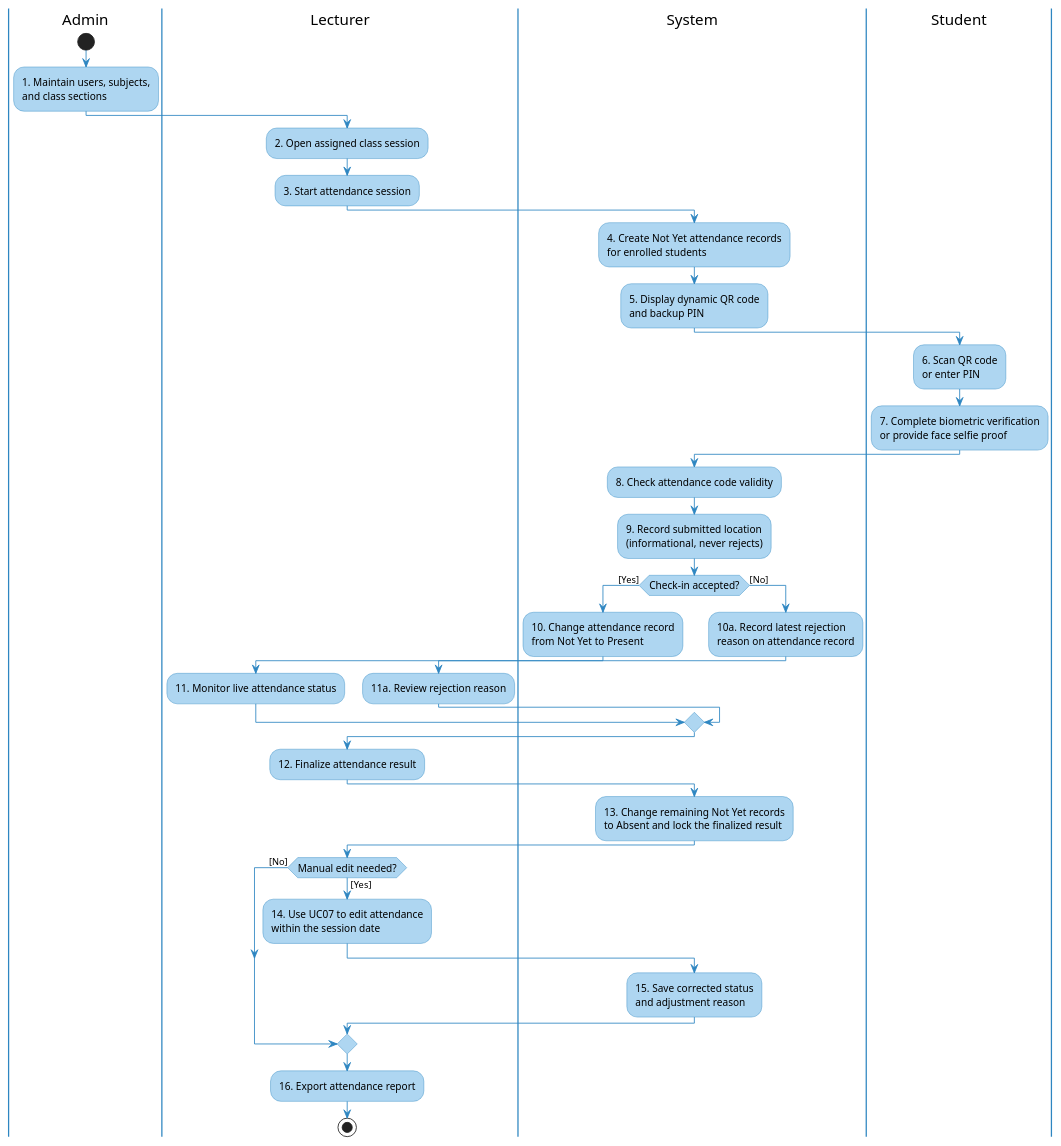
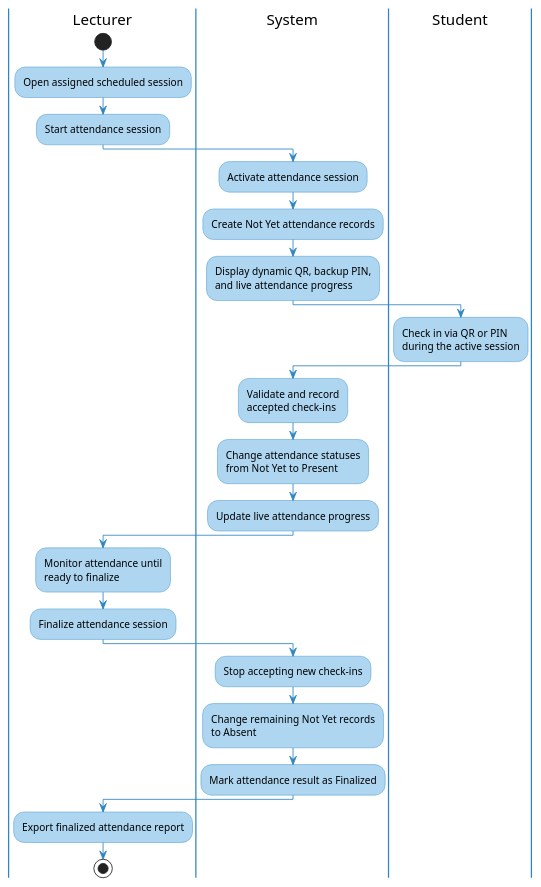
One commit to nttung42/SWD392 changed the third of 3 diagrams in docs/rds/1_Requirement.md. Above: the diagram before and after it, drawn with PlantUML. The commit also changed other lines of this file and 2 other files, not shown here.

````diff
--- a/docs/rds/1_Requirement.md
+++ b/docs/rds/1_Requirement.md
@@ -465,59 +480,43 @@
 ```plantuml
 @startuml Overall_Attendance_Process_Activity
 skinparam ActivityBackgroundColor #AED6F1
 skinparam ActivityBorderColor #2E86C1
 skinparam ActivityDiamondBackgroundColor #AED6F1
 skinparam ActivityDiamondBorderColor #2E86C1
 skinparam ArrowColor #2E86C1
 skinparam ActivityFontSize 12
 skinparam swimlaneBorderColor #2E86C1
 skinparam swimlaneHeaderFontStyle bold
 
-|Admin|
+|Lecturer|
 start
-:1. Maintain users, subjects,\nand class sections;
+:Open assigned scheduled session;
+:Start attendance session;
+
+|System|
+:Activate attendance session;
+:Create Not Yet attendance records;
+:Display dynamic QR, backup PIN,\nand live attendance progress;
+
+|Student|
+:Check in via QR or PIN\nduring the active session;
+
+|System|
+:Validate and record\naccepted check-ins;
+:Change attendance statuses\nfrom Not Yet to Present;
+:Update live attendance progress;
 
 |Lecturer|
-:2. Open assigned class session;
-:3. Start attendance session;
+:Monitor attendance until\nready to finalize;
+:Finalize attendance session;
 
 |System|
-:4. Create Not Yet attendance records\nfor enrolled students;
-:5. Display dynamic QR code\nand backup PIN;
-
-|Student|
-:6. Scan QR code\nor enter PIN;
-:7. Complete biometric verification\nor provide face selfie proof;
-
-|System|
-:8. Check attendance code validity;
-:9. Record submitted location\n(informational, never rejects);
-
-if (Check-in accepted?) then ([Yes])
-  :10. Change attendance record\nfrom Not Yet to Present;
-  |Lecturer|
-  :11. Monitor live attendance status;
-else ([No])
-  |System|
-  :10a. Record latest rejection\nreason on attendance record;
-  |Lecturer|
-  :11a. Review rejection reason;
-endif
+:Stop accepting new check-ins;
+:Change remaining Not Yet records\nto Absent;
+:Mark attendance result as Finalized;
 
 |Lecturer|
-:12. Finalize attendance result;
-|System|
-:13. Change remaining Not Yet records\nto Absent and lock the finalized result;
-
-|Lecturer|
-if (Manual edit needed?) then ([Yes])
-  :14. Use UC07 to edit attendance\nwithin the session date;
-  |System|
-  :15. Save corrected status\nand adjustment reason;
-else ([No])
-endif
-|Lecturer|
-:16. Export attendance report;
+:Export finalized attendance report;
 stop
 @enduml
 ```
````
